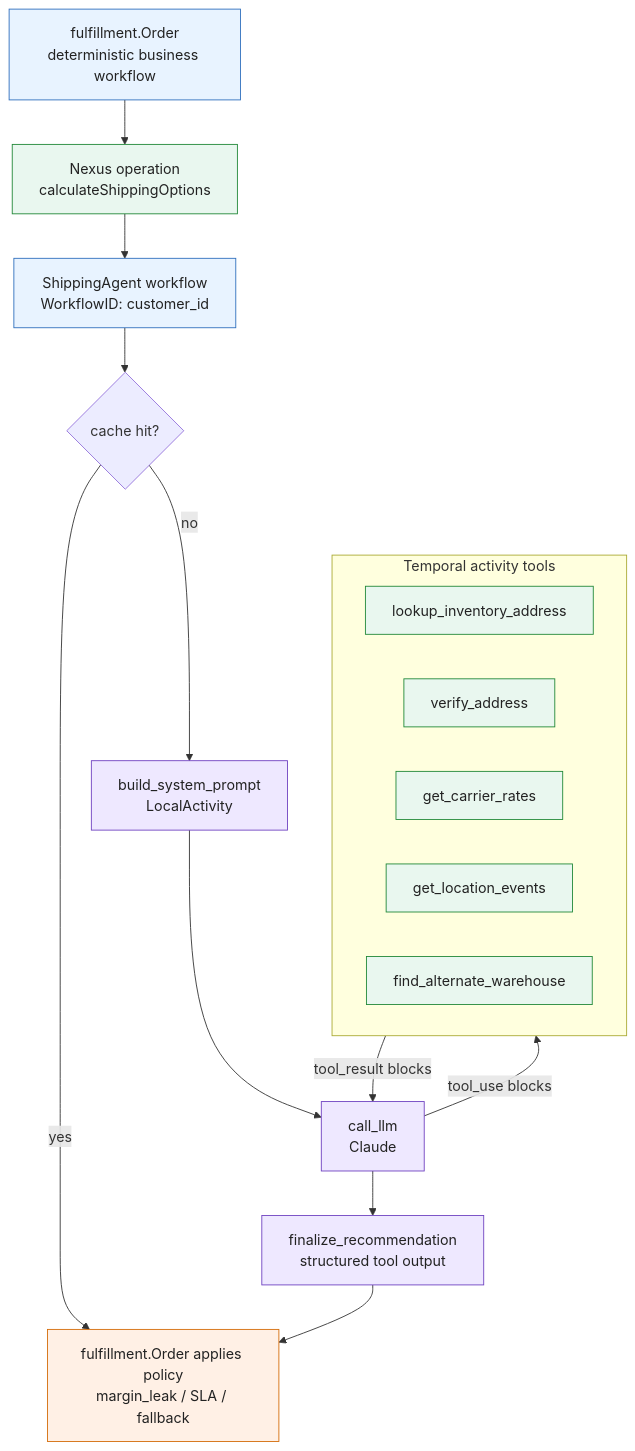
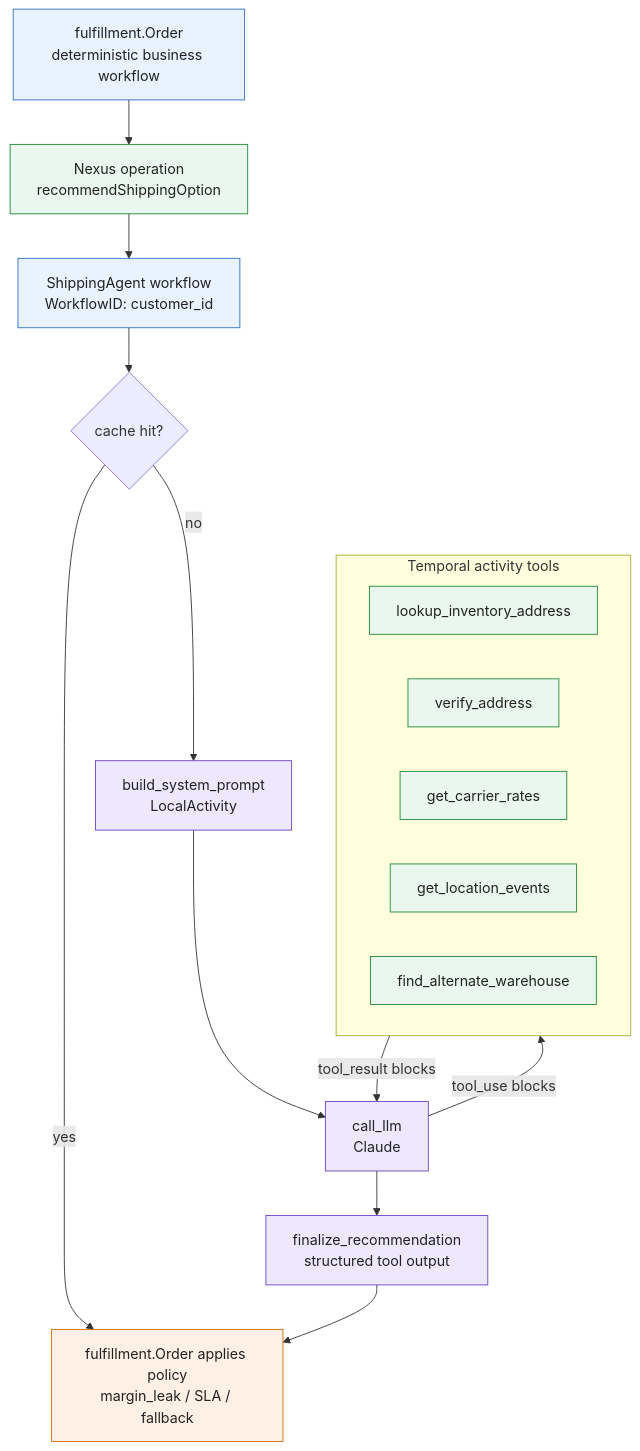
One commit to temporal-fde/temporal-oms changed the diagram in diagrams/workshop/mermaid/05-shipping-agent-loop.mmd. Above: the diagram before and after it, drawn with Mermaid. The commit also changed 33 other files, not shown here.

Commit message:
stronger  action name with recommend_shipping_option instead of calculate_shipping_options

```diff
--- a/diagrams/workshop/mermaid/05-shipping-agent-loop.mmd
+++ b/diagrams/workshop/mermaid/05-shipping-agent-loop.mmd
@@ -1,36 +1,36 @@
 flowchart TB
   Fulfillment["fulfillment.Order<br/>deterministic business workflow"]
-  Nexus["Nexus operation<br/>calculateShippingOptions"]
+  Nexus["Nexus operation<br/>recommendShippingOption"]
   Agent["ShippingAgent workflow<br/>WorkflowID: customer_id"]
   Cache{"cache hit?"}
   Prompt["build_system_prompt<br/>LocalActivity"]
   Claude["call_llm<br/>Claude"]
   Finalize["finalize_recommendation<br/>structured tool output"]
   Decision["fulfillment.Order applies policy<br/>margin_leak / SLA / fallback"]
 
   Fulfillment --> Nexus --> Agent
   Agent --> Cache
   Cache -->|"yes"| Decision
   Cache -->|"no"| Prompt --> Claude
 
   subgraph Tools["Temporal activity tools"]
     Inventory["lookup_inventory_address"]
     Verify["verify_address"]
     Rates["get_carrier_rates"]
     Events["get_location_events"]
     Alternate["find_alternate_warehouse"]
   end
 
   Claude -->|"tool_use blocks"| Tools
   Tools -->|"tool_result blocks"| Claude
   Claude --> Finalize
   Finalize --> Decision
 
   classDef workflow fill:#e8f3ff,stroke:#2f6fbd,color:#222;
   classDef agent fill:#eee8ff,stroke:#6f42c1,color:#222;
   classDef tool fill:#e9f7ef,stroke:#218838,color:#222;
   classDef decision fill:#fff0e5,stroke:#d46b08,color:#222;
   class Fulfillment,Agent workflow;
   class Claude,Prompt,Finalize agent;
   class Inventory,Verify,Rates,Events,Alternate,Nexus tool;
   class Decision decision;
```
